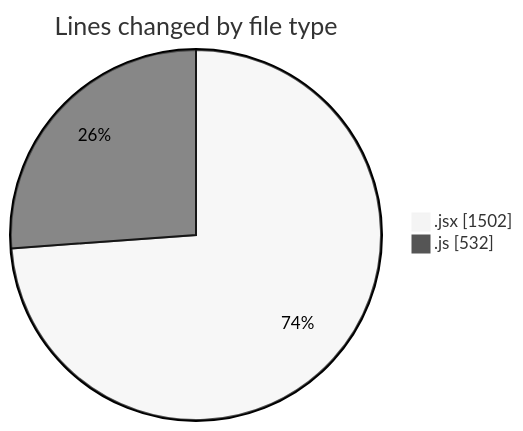
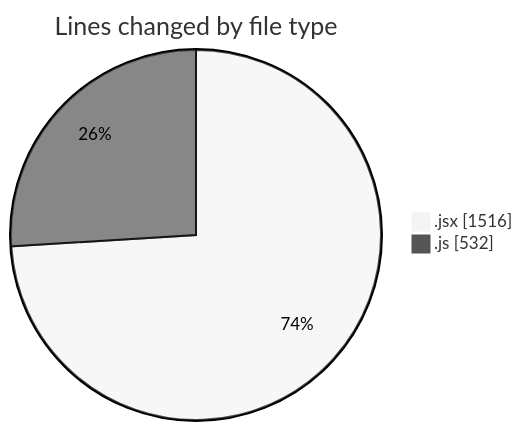
One commit to nxtqubesakshisongat/code-tracking changed the first of 2 diagrams in 2025-11-06/nxtqube_webapp/README.md. Above: the diagram before and after it, drawn with Mermaid (neutral theme). The commit also changed other lines of this file and 1 other file, not shown here.

````diff
--- a/2025-11-06/nxtqube_webapp/README.md
+++ b/2025-11-06/nxtqube_webapp/README.md
@@ -25,6 +25,6 @@
 ```mermaid
 pie showData
 title Lines changed by file type
-".jsx" : 1502
+".jsx" : 1516
 ".js" : 532
 ```
````
